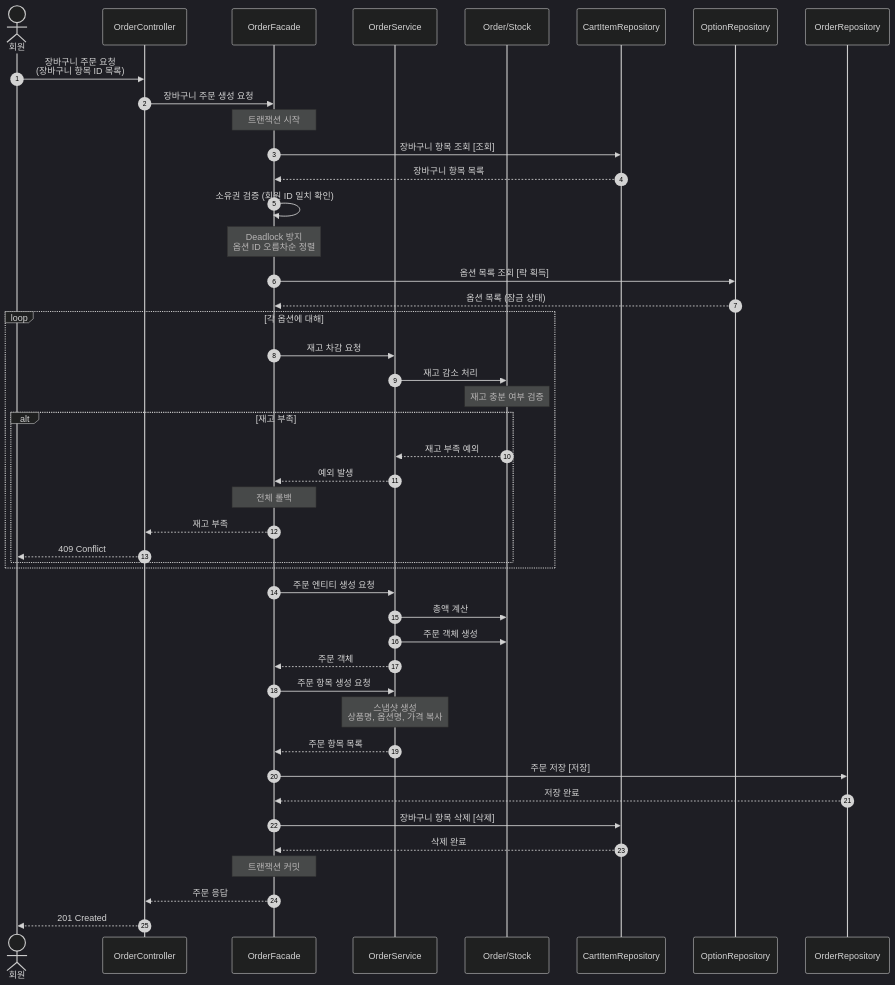
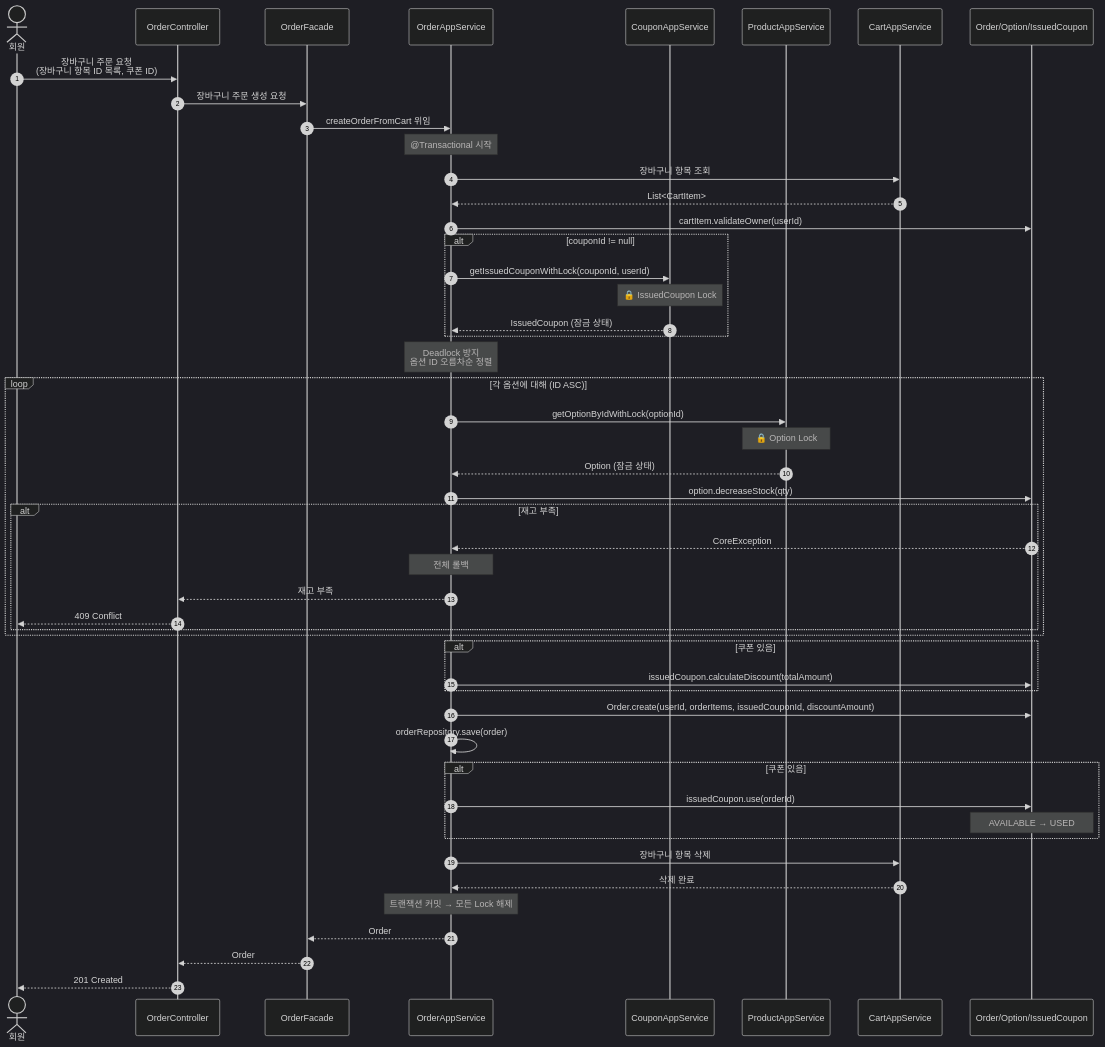
One commit to Loopers-dev-lab/loop-pack-be-l2-vol3-java changed diagram 11 of 14 in docs/design/02-sequence-diagrams.md. Above: the diagram before and after it, drawn with Mermaid (dark theme). The commit also changed other lines of this file and 2 other files, not shown here.

````diff
--- a/docs/design/02-sequence-diagrams.md
+++ b/docs/design/02-sequence-diagrams.md
@@ -675,64 +657,68 @@
 ```mermaid
 sequenceDiagram
     autonumber
     actor 회원
     participant Controller as OrderController
     participant Facade as OrderFacade
-    participant Service as OrderService
-    participant Domain as Order/Stock
-    participant CartRepo as CartItemRepository
-    participant OptionRepo as OptionRepository
-    participant OrderRepo as OrderRepository
+    participant OrderAS as OrderAppService
+    participant CouponAS as CouponAppService
+    participant ProductAS as ProductAppService
+    participant CartAS as CartAppService
+    participant Domain as Order/Option/IssuedCoupon
 
-    회원->>Controller: 장바구니 주문 요청<br/>(장바구니 항목 ID 목록)
+    회원->>Controller: 장바구니 주문 요청<br/>(장바구니 항목 ID 목록, 쿠폰 ID)
     Controller->>Facade: 장바구니 주문 생성 요청
+    Facade->>OrderAS: createOrderFromCart 위임
 
-    Note over Facade: 트랜잭션 시작
+    Note over OrderAS: @Transactional 시작
 
     %% 1. 장바구니 조회 및 소유권 검증
-    Facade->>CartRepo: 장바구니 항목 조회 [조회]
-    CartRepo-->>Facade: 장바구니 항목 목록
-    Facade->>Facade: 소유권 검증 (회원 ID 일치 확인)
+    OrderAS->>CartAS: 장바구니 항목 조회
+    CartAS-->>OrderAS: List<CartItem>
+    OrderAS->>Domain: cartItem.validateOwner(userId)
 
-    %% 2. 옵션 조회 (Lock)
-    Note over Facade: Deadlock 방지<br/>옵션 ID 오름차순 정렬
-    Facade->>OptionRepo: 옵션 목록 조회 [락 획득]
-    OptionRepo-->>Facade: 옵션 목록 (잠금 상태)
+    %% 2. 쿠폰 락 획득 (Lock Ordering: 1순위)
+    alt couponId != null
+        OrderAS->>CouponAS: getIssuedCouponWithLock(couponId, userId)
+        Note over CouponAS: 🔒 IssuedCoupon Lock
+        CouponAS-->>OrderAS: IssuedCoupon (잠금 상태)
+    end
 
-    %% 3. 재고 차감
-    loop 각 옵션에 대해
-        Facade->>Service: 재고 차감 요청
-        Service->>Domain: 재고 감소 처리
-        Note over Domain: 재고 충분 여부 검증
+    %% 3. 옵션 락 획득 + 재고 차감 (Lock Ordering: 2순위)
+    Note over OrderAS: Deadlock 방지<br/>옵션 ID 오름차순 정렬
+    loop 각 옵션에 대해 (ID ASC)
+        OrderAS->>ProductAS: getOptionByIdWithLock(optionId)
+        Note over ProductAS: 🔒 Option Lock
+        ProductAS-->>OrderAS: Option (잠금 상태)
+        OrderAS->>Domain: option.decreaseStock(qty)
         alt 재고 부족
-            Domain-->>Service: 재고 부족 예외
-            Service-->>Facade: 예외 발생
-            Note over Facade: 전체 롤백
-            Facade-->>Controller: 재고 부족
+            Domain-->>OrderAS: CoreException
+            Note over OrderAS: 전체 롤백
+            OrderAS-->>Controller: 재고 부족
             Controller-->>회원: 409 Conflict
         end
     end
 
-    %% 4. 주문 생성
-    Facade->>Service: 주문 엔티티 생성 요청
-    Service->>Domain: 총액 계산
-    Service->>Domain: 주문 객체 생성
-    Service-->>Facade: 주문 객체
+    %% 4. 할인 계산 + 주문 생성
+    alt 쿠폰 있음
+        OrderAS->>Domain: issuedCoupon.calculateDiscount(totalAmount)
+    end
+    OrderAS->>Domain: Order.create(userId, orderItems, issuedCouponId, discountAmount)
+    OrderAS->>OrderAS: orderRepository.save(order)
 
-    %% 5. 스냅샷 저장
-    Facade->>Service: 주문 항목 생성 요청
-    Note over Service: 스냅샷 생성<br/>상품명, 옵션명, 가격 복사
-    Service-->>Facade: 주문 항목 목록
-
-    Facade->>OrderRepo: 주문 저장 [저장]
-    OrderRepo-->>Facade: 저장 완료
+    %% 5. 쿠폰 사용 처리
+    alt 쿠폰 있음
+        OrderAS->>Domain: issuedCoupon.use(orderId)
+        Note over Domain: AVAILABLE → USED
+    end
 
     %% 6. 장바구니 정리
-    Facade->>CartRepo: 장바구니 항목 삭제 [삭제]
-    CartRepo-->>Facade: 삭제 완료
+    OrderAS->>CartAS: 장바구니 항목 삭제
+    CartAS-->>OrderAS: 삭제 완료
 
-    Note over Facade: 트랜잭션 커밋
+    Note over OrderAS: 트랜잭션 커밋 → 모든 Lock 해제
 
-    Facade-->>Controller: 주문 응답
+    OrderAS-->>Facade: Order
+    Facade-->>Controller: Order
     Controller-->>회원: 201 Created
 ```
````
